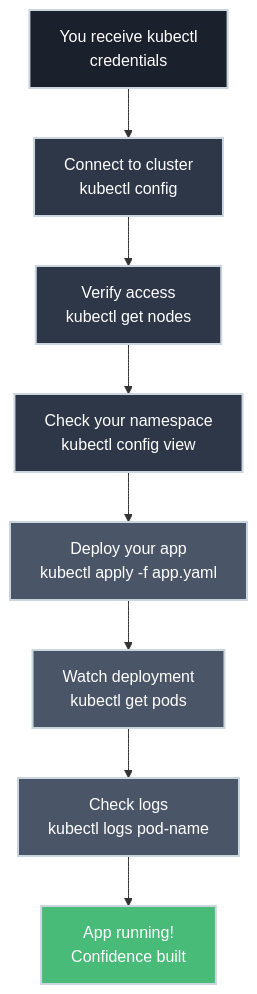
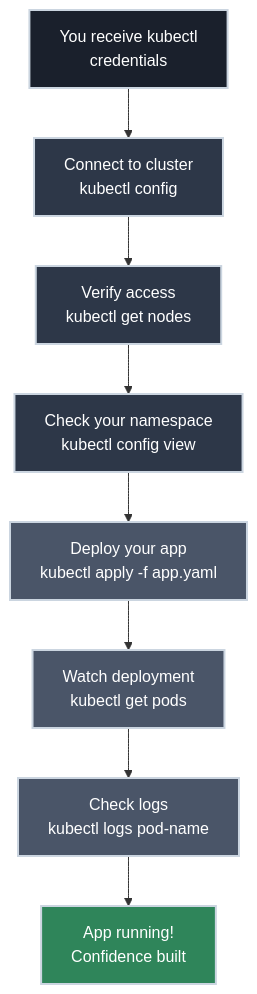
The diagram in docs/day_one/overview.md (bradpenney/exploring_kubernetes), drawn with Mermaid before and after one commit. The commit also changed other lines of this file and 16 other files, not shown here.

````diff
--- a/docs/day_one/overview.md
+++ b/docs/day_one/overview.md
@@ -30,28 +30,28 @@
 ```mermaid
 flowchart TD
     Start[You receive kubectl<br/>credentials]
     Connect[Connect to cluster<br/>kubectl config]
     Verify[Verify access<br/>kubectl get nodes]
     Check[Check your namespace<br/>kubectl config view]
     Deploy[Deploy your app<br/>kubectl apply -f app.yaml]
     Watch[Watch deployment<br/>kubectl get pods]
     Logs[Check logs<br/>kubectl logs pod-name]
     Success[App running!<br/>Confidence built]
 
     Start --> Connect
     Connect --> Verify
     Verify --> Check
     Check --> Deploy
     Deploy --> Watch
     Watch --> Logs
     Logs --> Success
 
     style Start fill:#1a202c,stroke:#cbd5e0,stroke-width:2px,color:#fff
     style Connect fill:#2d3748,stroke:#cbd5e0,stroke-width:2px,color:#fff
     style Verify fill:#2d3748,stroke:#cbd5e0,stroke-width:2px,color:#fff
     style Check fill:#2d3748,stroke:#cbd5e0,stroke-width:2px,color:#fff
     style Deploy fill:#4a5568,stroke:#cbd5e0,stroke-width:2px,color:#fff
     style Watch fill:#4a5568,stroke:#cbd5e0,stroke-width:2px,color:#fff
     style Logs fill:#4a5568,stroke:#cbd5e0,stroke-width:2px,color:#fff
-    style Success fill:#48bb78,stroke:#cbd5e0,stroke-width:2px,color:#fff
+    style Success fill:#2f855a,stroke:#cbd5e0,stroke-width:2px,color:#fff
 ```
````
